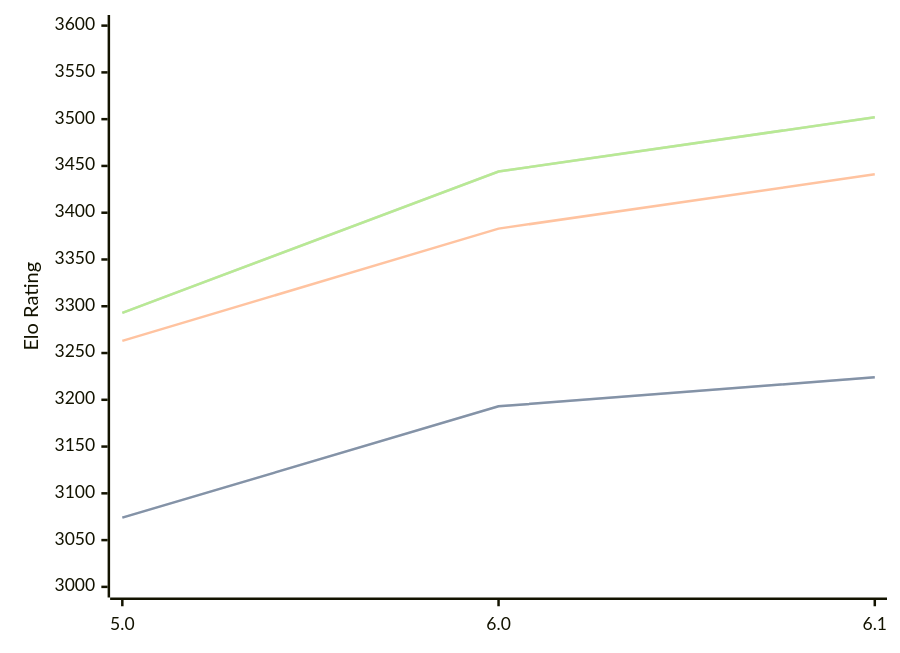
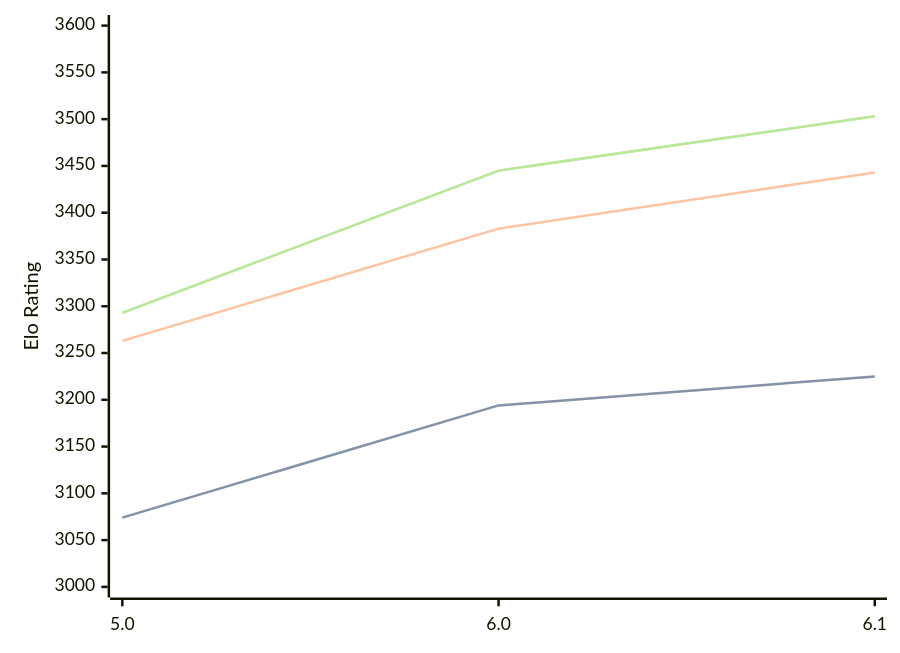
Before and after one commit to computer-chess-index/cci: the diagram in engines/PZChessBot.md, drawn with Mermaid. The commit also changed other lines of this file, not shown here.

Commit message:
Update CCI Ratings (ELO VLTC) - 2026-04-03

````diff
--- a/engines/PZChessBot.md
+++ b/engines/PZChessBot.md
@@ -42,11 +42,11 @@
 ```mermaid
 %%{init: {"theme":"base","themeVariables":{"seriesColors:['#a3a3a3','#222221','#faa371']}}}%%
 xychart-beta
   x-axis ["5.0", "6.0", "6.1"]
   y-axis "Elo Rating" 3000 --> 3600
-  line "STC (8.0+0.08s)" [3074, 3193, 3224]
-  line "STC (8.0+0.08s)" [3074, 3193, 3224]
-  line "LTC (60.0+0.60s)" [3263, 3383, 3441]
-  line "VLTC (2m24s+1.12s)" [3293, 3444, 3502]
-  line "VLTC (2m24s+1.12s)" [3293, 3444, 3502]
+  line "STC (8.0+0.08s)" [3074, 3194, 3225]
+  line "STC (8.0+0.08s)" [3074, 3194, 3225]
+  line "LTC (60.0+0.60s)" [3263, 3383, 3443]
+  line "VLTC (2m24s+1.12s)" [3293, 3445, 3503]
+  line "VLTC (2m24s+1.12s)" [3293, 3445, 3503]
 ```
````
